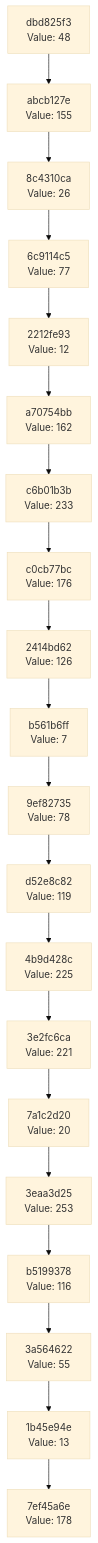
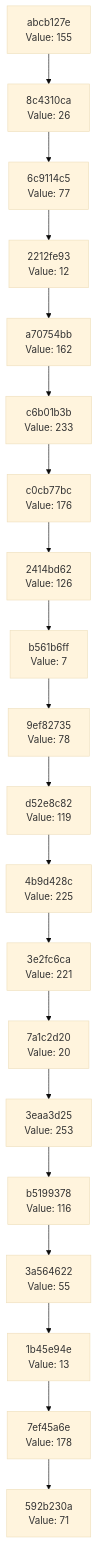
The diagram in docs/CHAIN_VISUALIZATION.md (Abhisheksinha1506/hash-chain-evolver), drawn with Mermaid (base theme) before and after one commit. The commit also changed 2 other files, not shown here.

Commit message:
Evolution step: hash 0x47 → action executed

````diff
--- a/docs/CHAIN_VISUALIZATION.md
+++ b/docs/CHAIN_VISUALIZATION.md
@@ -3,42 +3,42 @@
 ```mermaid
 graph TD
-    C0["7ef45a6e<br/>Value: 178"]
-    C1["1b45e94e<br/>Value: 13"]
+    C0["592b230a<br/>Value: 71"]
+    C1["7ef45a6e<br/>Value: 178"]
     C1 --> C0
-    C2["3a564622<br/>Value: 55"]
+    C2["1b45e94e<br/>Value: 13"]
     C2 --> C1
-    C3["b5199378<br/>Value: 116"]
+    C3["3a564622<br/>Value: 55"]
     C3 --> C2
-    C4["3eaa3d25<br/>Value: 253"]
+    C4["b5199378<br/>Value: 116"]
     C4 --> C3
-    C5["7a1c2d20<br/>Value: 20"]
+    C5["3eaa3d25<br/>Value: 253"]
     C5 --> C4
-    C6["3e2fc6ca<br/>Value: 221"]
+    C6["7a1c2d20<br/>Value: 20"]
     C6 --> C5
-    C7["4b9d428c<br/>Value: 225"]
+    C7["3e2fc6ca<br/>Value: 221"]
     C7 --> C6
-    C8["d52e8c82<br/>Value: 119"]
+    C8["4b9d428c<br/>Value: 225"]
     C8 --> C7
-    C9["9ef82735<br/>Value: 78"]
+    C9["d52e8c82<br/>Value: 119"]
     C9 --> C8
-    C10["b561b6ff<br/>Value: 7"]
+    C10["9ef82735<br/>Value: 78"]
     C10 --> C9
-    C11["2414bd62<br/>Value: 126"]
+    C11["b561b6ff<br/>Value: 7"]
     C11 --> C10
-    C12["c0cb77bc<br/>Value: 176"]
+    C12["2414bd62<br/>Value: 126"]
     C12 --> C11
-    C13["c6b01b3b<br/>Value: 233"]
+    C13["c0cb77bc<br/>Value: 176"]
     C13 --> C12
-    C14["a70754bb<br/>Value: 162"]
+    C14["c6b01b3b<br/>Value: 233"]
     C14 --> C13
-    C15["2212fe93<br/>Value: 12"]
+    C15["a70754bb<br/>Value: 162"]
     C15 --> C14
-    C16["6c9114c5<br/>Value: 77"]
+    C16["2212fe93<br/>Value: 12"]
     C16 --> C15
-    C17["8c4310ca<br/>Value: 26"]
+    C17["6c9114c5<br/>Value: 77"]
     C17 --> C16
-    C18["abcb127e<br/>Value: 155"]
+    C18["8c4310ca<br/>Value: 26"]
     C18 --> C17
-    C19["dbd825f3<br/>Value: 48"]
+    C19["abcb127e<br/>Value: 155"]
     C19 --> C18
 ```
````
